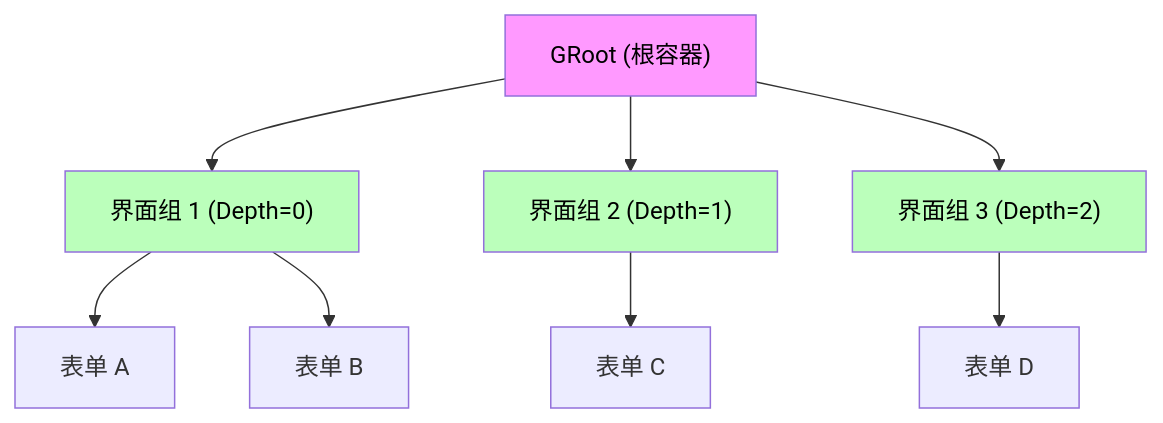
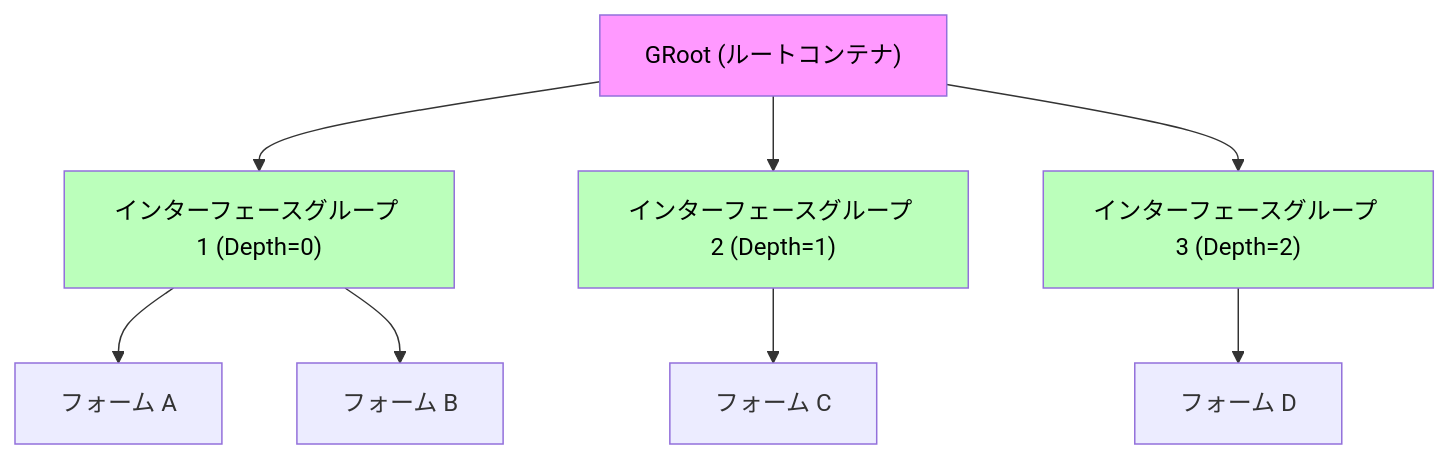
One commit to AlianBlank/GameFrameX.Docs changed the third of 4 diagrams in docs/ja/client/unity/component/ui-fairygui/11.ui-group-helper.md. Above: the diagram before and after it, drawn with Mermaid. The commit also changed other lines of this file and 320 other files, not shown here.

````diff
--- a/docs/ja/client/unity/component/ui-fairygui/11.ui-group-helper.md
+++ b/docs/ja/client/unity/component/ui-fairygui/11.ui-group-helper.md
@@ -81,16 +81,16 @@
 ```mermaid
 graph TD
-    GRoot["GRoot (根容器)"] --> UIGroup1["界面组 1 (Depth=0)"]
-    GRoot --> UIGroup2["界面组 2 (Depth=1)"]
-    GRoot --> UIGroup3["界面组 3 (Depth=2)"]
-    
-    UIGroup1 --> FormA["表单 A"]
-    UIGroup1 --> FormB["表单 B"]
-    UIGroup2 --> FormC["表单 C"]
-    UIGroup3 --> FormD["表单 D"]
-    
+    GRoot["GRoot (ルートコンテナ)"] --> UIGroup1["インターフェースグループ 1 (Depth=0)"]
+    GRoot --> UIGroup2["インターフェースグループ 2 (Depth=1)"]
+    GRoot --> UIGroup3["インターフェースグループ 3 (Depth=2)"]
+
+    UIGroup1 --> FormA["フォーム A"]
+    UIGroup1 --> FormB["フォーム B"]
+    UIGroup2 --> FormC["フォーム C"]
+    UIGroup3 --> FormD["フォーム D"]
+
     style GRoot fill:#f9f,color:#000
     style UIGroup1 fill:#bfb,color:#000
     style UIGroup2 fill:#bfb,color:#000
     style UIGroup3 fill:#bfb,color:#000
 ```
````
